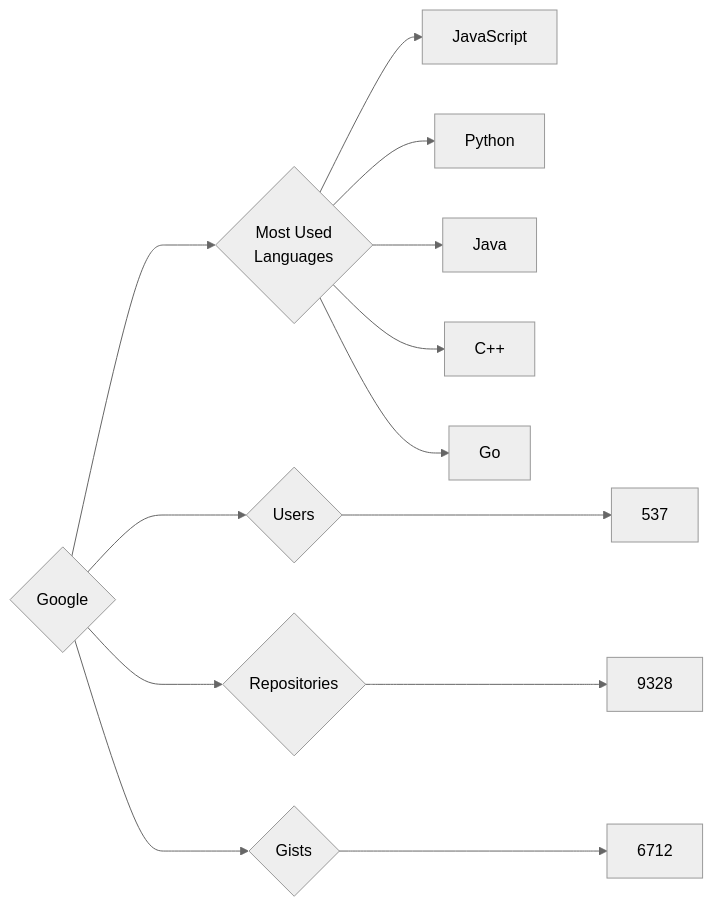
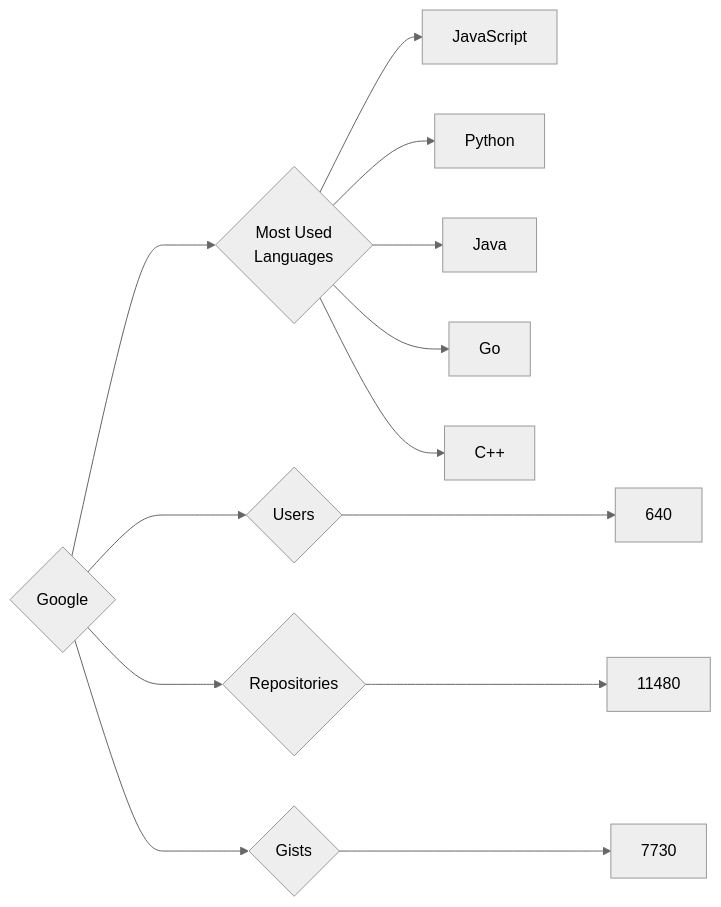
The diagram in targets/Google/README.md (trickest/insiders), drawn with Mermaid (neutral theme) before and after one commit. The commit also changed 715 other files, not shown here.

````diff
--- a/targets/Google/README.md
+++ b/targets/Google/README.md
@@ -3,13 +3,13 @@
 ```mermaid
 graph LR
 COMPANY_NAME{Google}
-COMPANY_NAME ---> U{Users} ---> UN[537]
-COMPANY_NAME ---> R{Repositories} ---> RN[9328]
-COMPANY_NAME ---> G{Gists} ---> GN[6712]
+COMPANY_NAME ---> U{Users} ---> UN[640]
+COMPANY_NAME ---> R{Repositories} ---> RN[11480]
+COMPANY_NAME ---> G{Gists} ---> GN[7730]
 COMPANY_NAME ---> ML{Most Used<br>Languages}
 ML --> JavaScript[JavaScript]
 ML --> Python[Python]
 ML --> Java[Java]
+ML --> Go[Go]
 ML --> C++[C++]
-ML --> Go[Go]
 ```
````
